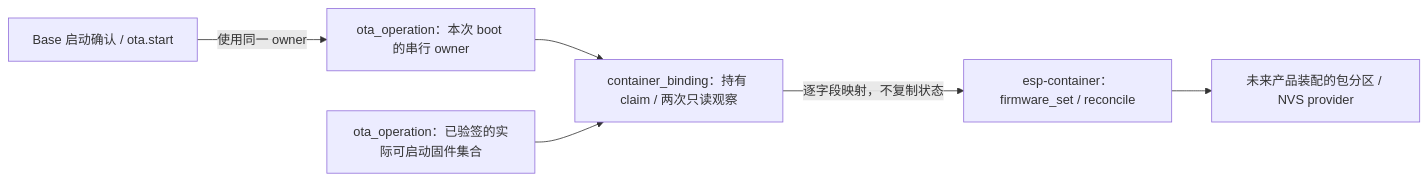
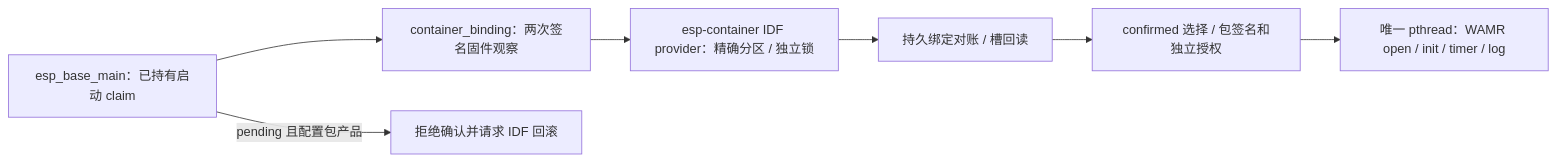
The diagram in firmware/integrations/container_binding/README.md (darren-you/esp_base), drawn with Mermaid before and after one commit. The commit also changed other lines of this file and 22 other files, not shown here.

````diff
--- a/firmware/integrations/container_binding/README.md
+++ b/firmware/integrations/container_binding/README.md
@@ -7,8 +7,9 @@
 ```mermaid
 flowchart LR
-    owner["ota_operation：本次 boot 的串行 owner"] --> adapter["container_binding：持有 claim / 两次只读观察"]
-    observer["ota_operation：已验签的实际可启动固件集合"] --> adapter
-    adapter -->|"逐字段映射，不复制状态"| slots["esp-container：firmware_set / reconcile"]
-    slots --> provider["未来产品装配的包分区 / NVS provider"]
-    ota["Base 启动确认 / ota.start"] -->|"使用同一 owner"| owner
+    main["esp_base_main：已持有启动 claim"] --> binding["container_binding：两次签名固件观察"]
+    binding --> provider["esp-container IDF provider：精确分区 / 独立锁"]
+    provider --> slots["持久绑定对账 / 槽回读"]
+    slots --> product["confirmed 选择 / 包签名和独立授权"]
+    product --> guest["唯一 pthread：WAMR open / init / timer / log"]
+    main -->|"pending 且配置包产品"| reject["拒绝确认并请求 IDF 回滚"]
 ```
````
